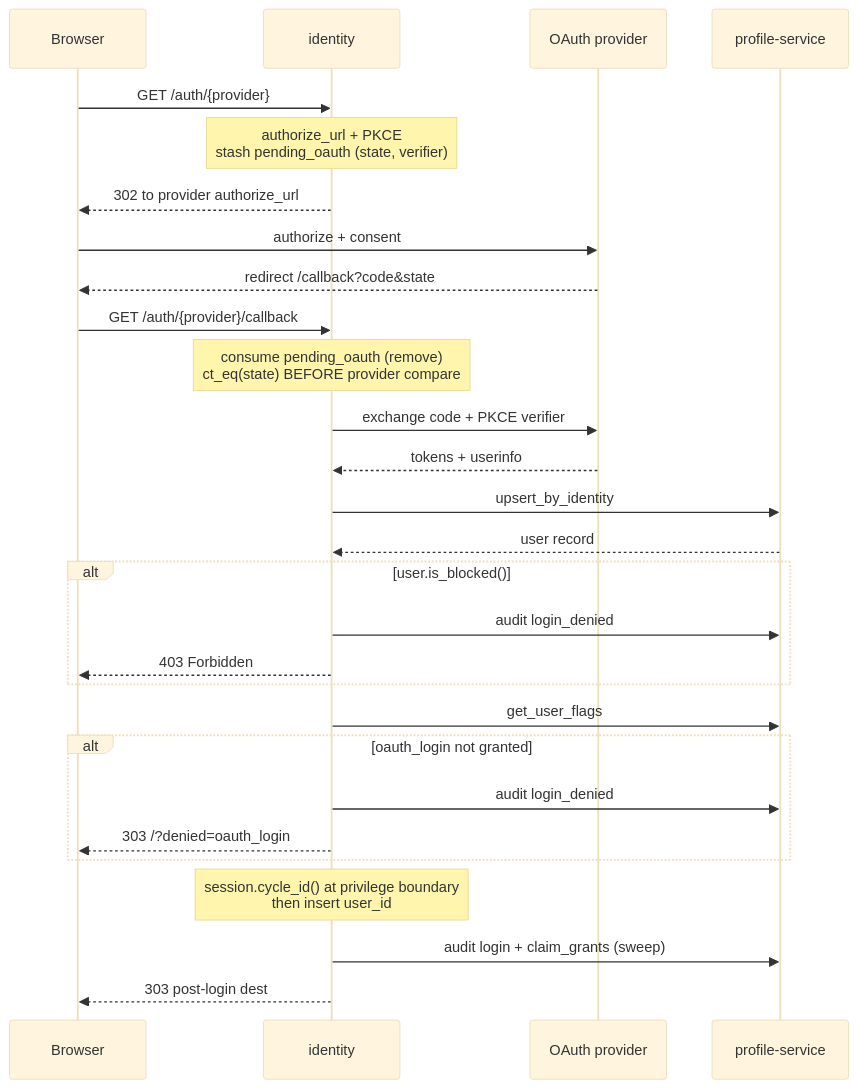
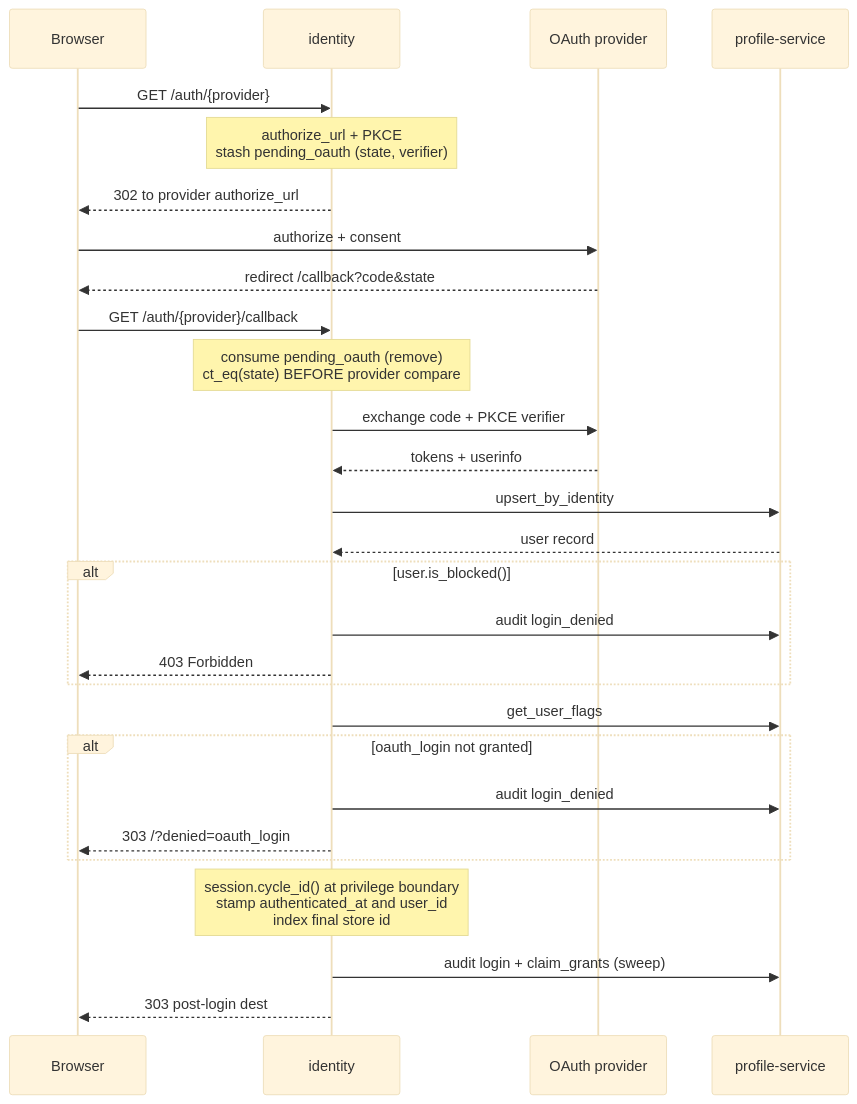
The first of 2 diagrams in gateway/crates/identity/design.md (fiorix/chan), drawn with Mermaid (base theme) before and after one commit. The commit also changed other lines of this file and 62 other files, not shown here.

````diff
--- a/gateway/crates/identity/design.md
+++ b/gateway/crates/identity/design.md
@@ -31,31 +32,31 @@
 ```mermaid
 sequenceDiagram
     participant B as Browser
     participant I as identity
     participant P as OAuth provider
     participant PR as profile-service
 
     B->>I: GET /auth/{provider}
     Note over I: authorize_url + PKCE<br/>stash pending_oauth (state, verifier)
     I-->>B: 302 to provider authorize_url
     B->>P: authorize + consent
     P-->>B: redirect /callback?code&state
     B->>I: GET /auth/{provider}/callback
     Note over I: consume pending_oauth (remove)<br/>ct_eq(state) BEFORE provider compare
     I->>P: exchange code + PKCE verifier
     P-->>I: tokens + userinfo
     I->>PR: upsert_by_identity
     PR-->>I: user record
     alt user.is_blocked()
         I->>PR: audit login_denied
         I-->>B: 403 Forbidden
     end
     I->>PR: get_user_flags
     alt oauth_login not granted
         I->>PR: audit login_denied
         I-->>B: 303 /?denied=oauth_login
     end
-    Note over I: session.cycle_id() at privilege boundary<br/>then insert user_id
+    Note over I: session.cycle_id() at privilege boundary<br/>stamp authenticated_at and user_id<br/>index final store id
     I->>PR: audit login + claim_grants (sweep)
     I-->>B: 303 post-login dest
 ```
````
